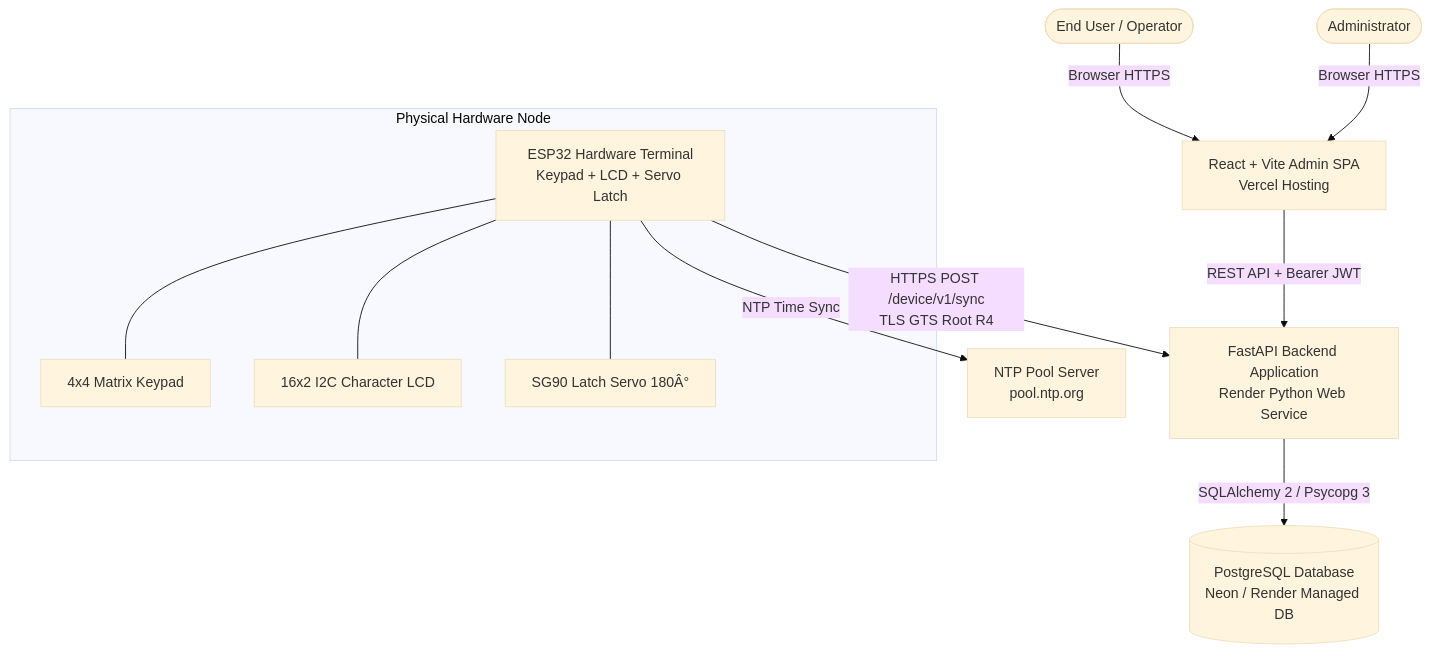
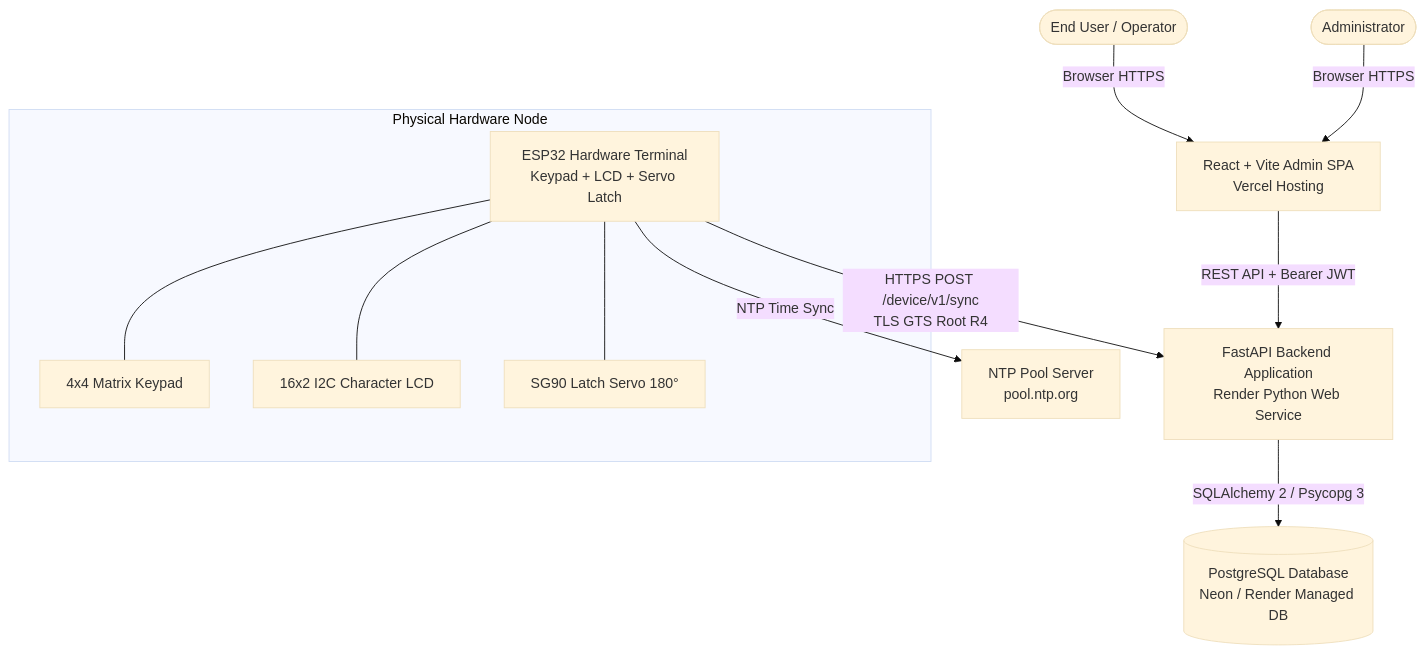
One commit to santa0705/digital-key-access-control changed the first of 3 diagrams in docs/architecture.md. Above: the diagram before and after it, drawn with Mermaid (base theme). The commit also changed other lines of this file and 4 other files, not shown here.

````diff
--- a/docs/architecture.md
+++ b/docs/architecture.md
@@ -11,16 +11,16 @@
 ```mermaid
 graph TD
     User([End User / Operator]) -->|Browser HTTPS| Frontend[React + Vite Admin SPA<br/>Vercel Hosting]
     Admin([Administrator]) -->|Browser HTTPS| Frontend
     Frontend -->|REST API + Bearer JWT| Backend[FastAPI Backend Application<br/>Render Python Web Service]
     Backend -->|SQLAlchemy 2 / Psycopg 3| Database[(PostgreSQL Database<br/>Neon / Render Managed DB)]
 
     Terminal[ESP32 Hardware Terminal<br/>Keypad + LCD + Servo Latch] -->|HTTPS POST /device/v1/sync<br/>TLS GTS Root R4| Backend
     Terminal -->|NTP Time Sync| NTP[NTP Pool Server<br/>pool.ntp.org]
 
     subgraph Physical Hardware Node
         Terminal --- Keypad[4x4 Matrix Keypad]
         Terminal --- LCD[16x2 I2C Character LCD]
-        Terminal --- Servo[SG90 Latch Servo 180Â°]
+        Terminal --- Servo[SG90 Latch Servo 180°]
     end
 ```
````
